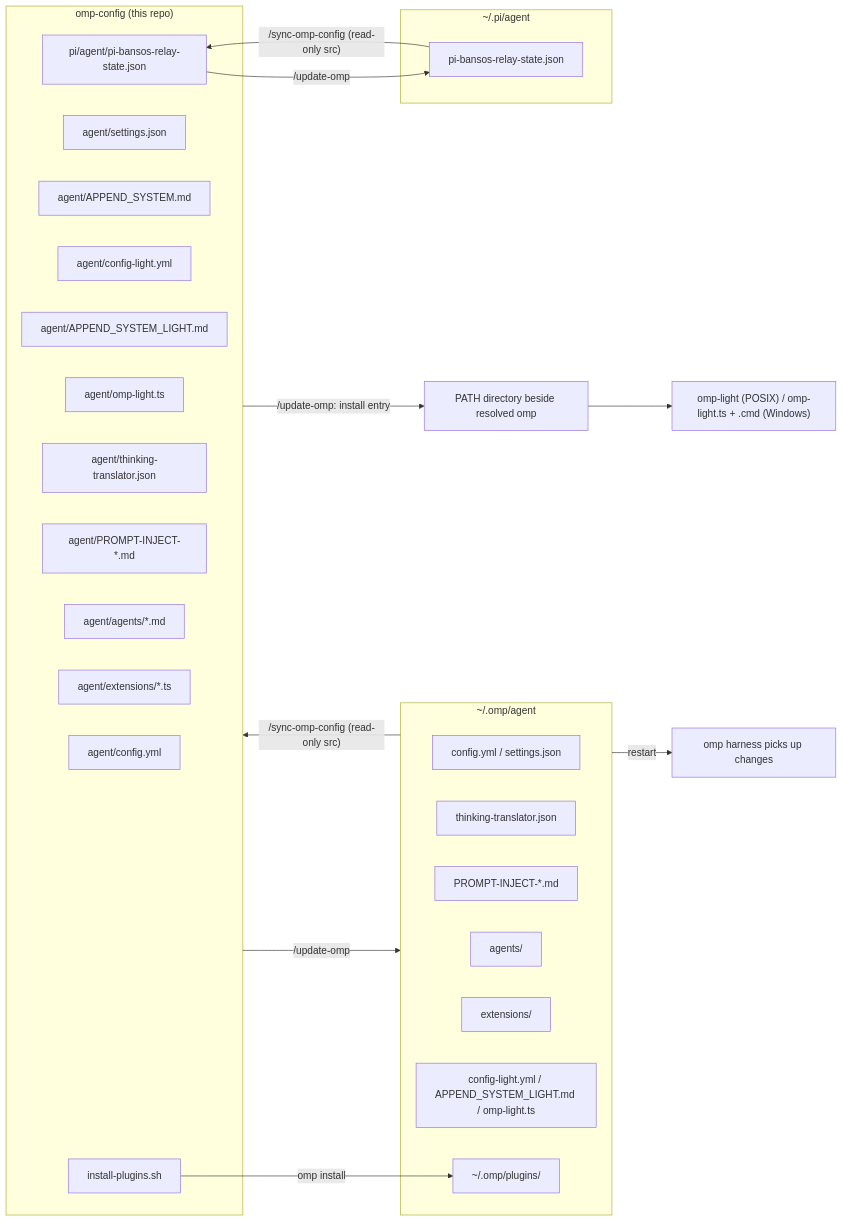
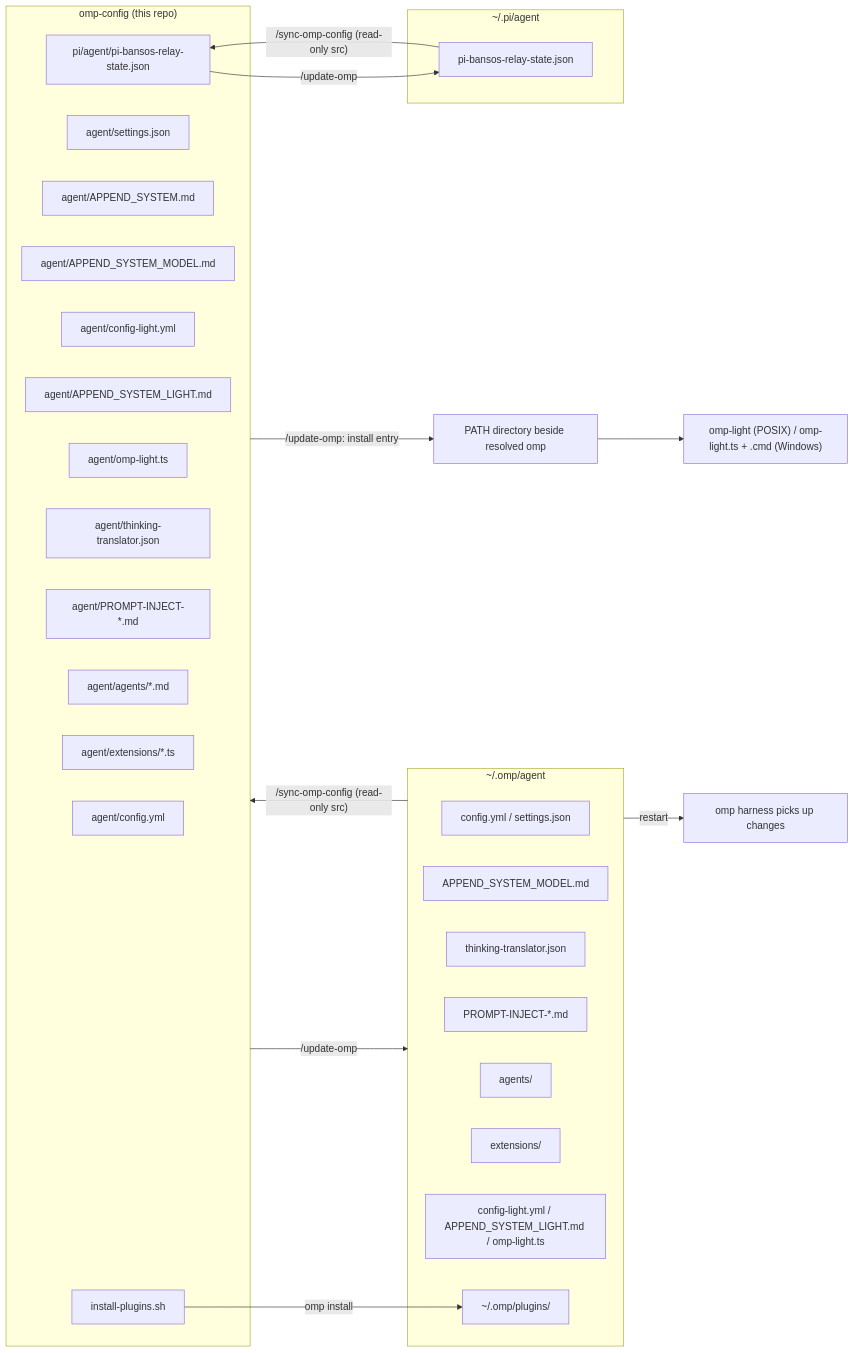
The diagram in AGENTS.md (mouriya-s-lab/omp-config), drawn with Mermaid before and after one commit. The commit also changed other lines of this file and 4 other files, not shown here.

First line of the commit message:
Add per-model system-prompt appendix extension

````diff
--- a/AGENTS.md
+++ b/AGENTS.md
@@ -24,39 +25,41 @@
 ```mermaid
 flowchart LR
   subgraph repo["omp-config (this repo)"]
     A["agent/config.yml"]
     S["agent/settings.json"]
     P["agent/APPEND_SYSTEM.md"]
+    PM["agent/APPEND_SYSTEM_MODEL.md"]
     L1["agent/config-light.yml"]
     L2["agent/APPEND_SYSTEM_LIGHT.md"]
     L3["agent/omp-light.ts"]
     T["agent/thinking-translator.json"]
     Q["agent/PROMPT-INJECT-*.md"]
     G["agent/agents/*.md"]
     E["agent/extensions/*.ts"]
     I["install-plugins.sh"]
     B["pi/agent/pi-bansos-relay-state.json"]
   end
   subgraph machine["~/.omp/agent"]
     LA["config.yml / settings.json"]
+    LM["APPEND_SYSTEM_MODEL.md"]
     LT["thinking-translator.json"]
     LQ["PROMPT-INJECT-*.md"]
     LG["agents/"]
     LE["extensions/"]
     LL["config-light.yml / APPEND_SYSTEM_LIGHT.md / omp-light.ts"]
     PL["~/.omp/plugins/"]
   end
   subgraph pihome["~/.pi/agent"]
     LB["pi-bansos-relay-state.json"]
   end
   O["PATH directory beside resolved omp"]
   M["omp-light (POSIX) / omp-light.ts + .cmd (Windows)"]
   repo -->|"/update-omp"| machine
   B -->|"/update-omp"| LB
   LB -->|"/sync-omp-config (read-only src)"| B
   repo -->|"/update-omp: install entry"| O
   O --> M
   machine -->|"/sync-omp-config (read-only src)"| repo
   I -->|"omp install"| PL
   machine -->|restart| H["omp harness picks up changes"]
 ```
````
